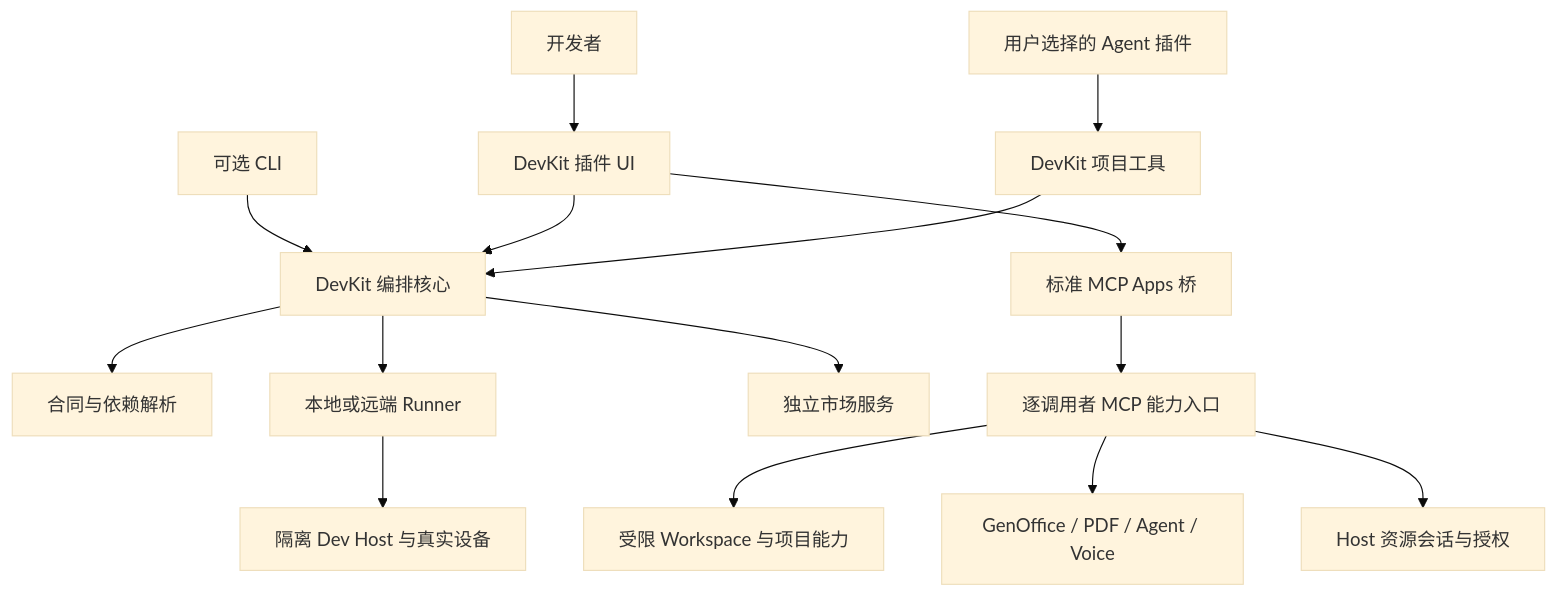
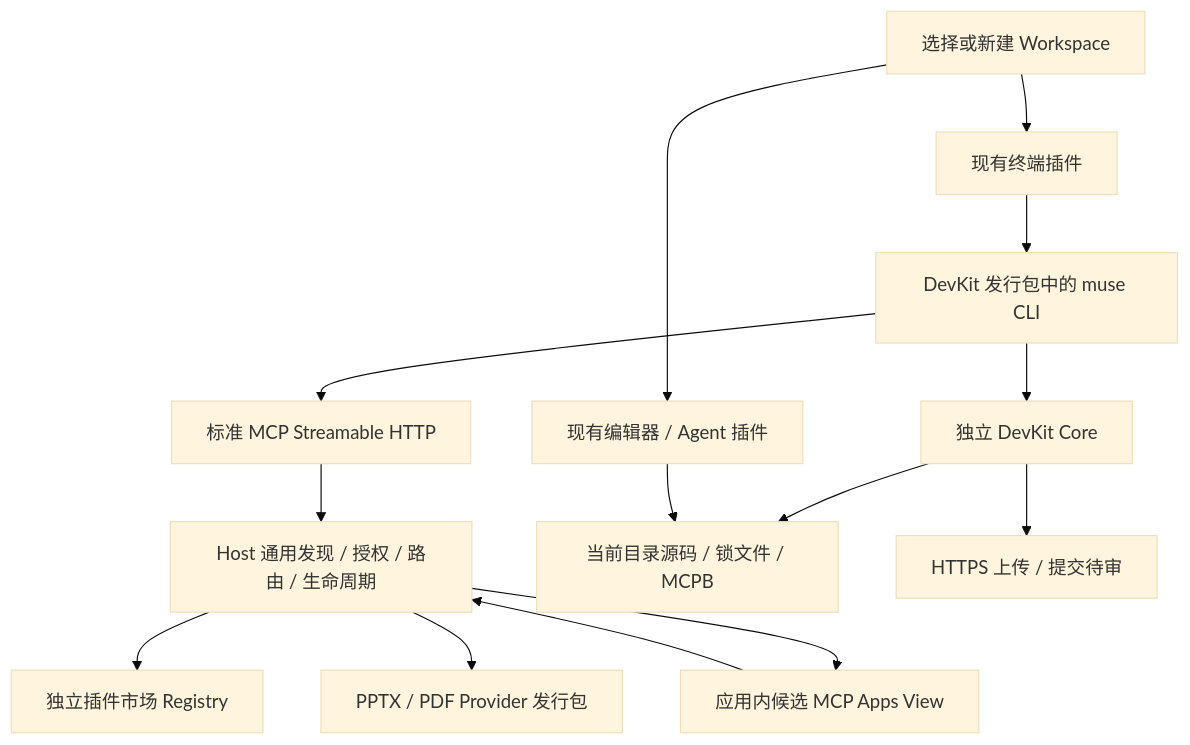
Before and after one commit to openmuseai/Muse-Plugin-EcoSystem: the diagram in plugins/developer-kit/docs/03-ARCHITECTURE.zh-CN.md, drawn with Mermaid (base theme). The commit also changed other lines of this file and 9 other files, not shown here.

````diff
--- a/plugins/developer-kit/docs/03-ARCHITECTURE.zh-CN.md
+++ b/plugins/developer-kit/docs/03-ARCHITECTURE.zh-CN.md
@@ -21,17 +7,16 @@
 ```mermaid
 flowchart TB
-  User[开发者] --> Kit[DevKit 插件 UI]
-  Agent[用户选择的 Agent 插件] --> Tools[DevKit 项目工具]
-  CLI[可选 CLI] --> Core[DevKit 编排核心]
-  Kit --> Core
-  Tools --> Core
-  Core --> Contracts[合同与依赖解析]
-  Core --> Runner[本地或远端 Runner]
-  Core --> Market[独立市场服务]
-  Kit --> Apps[标准 MCP Apps 桥]
-  Apps --> Gateway[逐调用者 MCP 能力入口]
-  Gateway --> Workspace[受限 Workspace 与项目能力]
-  Gateway --> Providers[GenOffice / PDF / Agent / Voice]
-  Gateway --> Sessions[Host 资源会话与授权]
-  Runner --> DevHost[隔离 Dev Host 与真实设备]
+  W[选择或新建 Workspace] --> T[现有终端插件]
+  W --> E[现有编辑器 / Agent 插件]
+  T --> CLI[DevKit 发行包中的 muse CLI]
+  CLI --> Core[独立 DevKit Core]
+  CLI --> MCP[标准 MCP Streamable HTTP]
+  MCP --> H[Host 通用发现 / 授权 / 路由 / 生命周期]
+  H --> R[独立插件市场 Registry]
+  H --> P[PPTX / PDF Provider 发行包]
+  H --> V[应用内候选 MCP Apps View]
+  V --> H
+  Core --> Files[当前目录源码 / 锁文件 / MCPB]
+  Core --> Submit[HTTPS 上传 / 提交待审]
+  E --> Files
 ```
````
